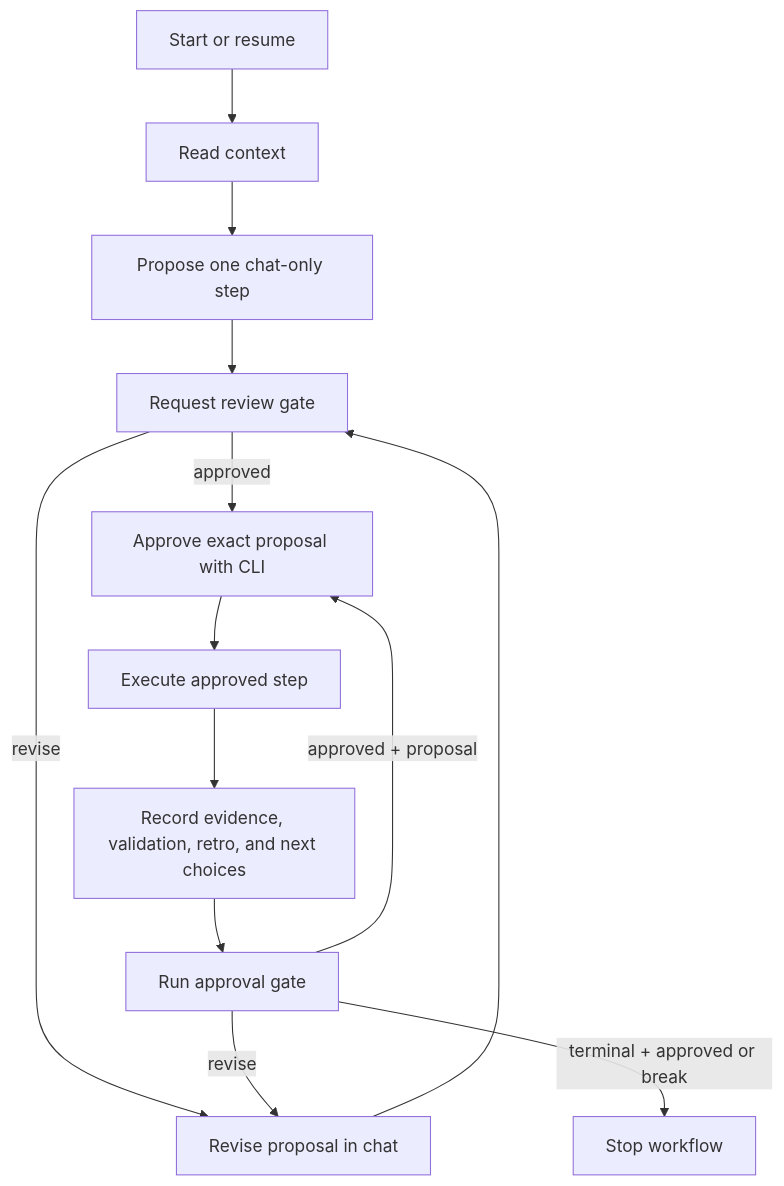
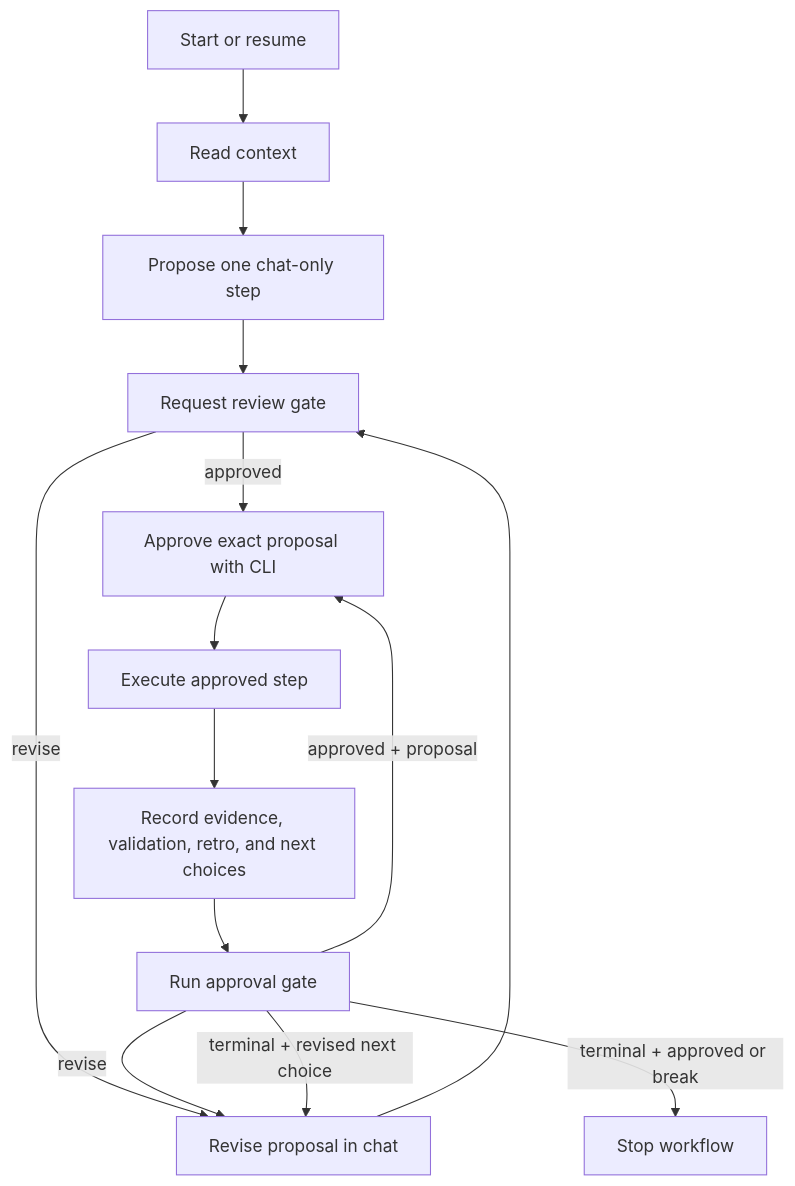
Before and after one commit to mjohno/skills: the diagram in src/map/step/SKILL.md, drawn with Mermaid. The commit also changed other lines of this file and 7 other files, not shown here.

````diff
--- a/src/map/step/SKILL.md
+++ b/src/map/step/SKILL.md
@@ -20,15 +20,16 @@
 ```mermaid
 flowchart TD
     start[Start or resume] --> context[Read context]
     context --> propose[Propose one chat-only step]
     propose --> gate[Request review gate]
     gate -->|approved| approve[Approve exact proposal with CLI]
     gate -->|revise| revise[Revise proposal in chat]
     revise --> gate
     approve --> execute[Execute approved step]
     execute --> record[Record evidence, validation, retro, and next choices]
     record --> nextGate[Run approval gate]
     nextGate -->|approved + proposal| approve
     nextGate -->|revise| revise
+    nextGate -->|terminal + revised next choice| revise
     nextGate -->|terminal + approved or break| stop[Stop workflow]
 ```
````
